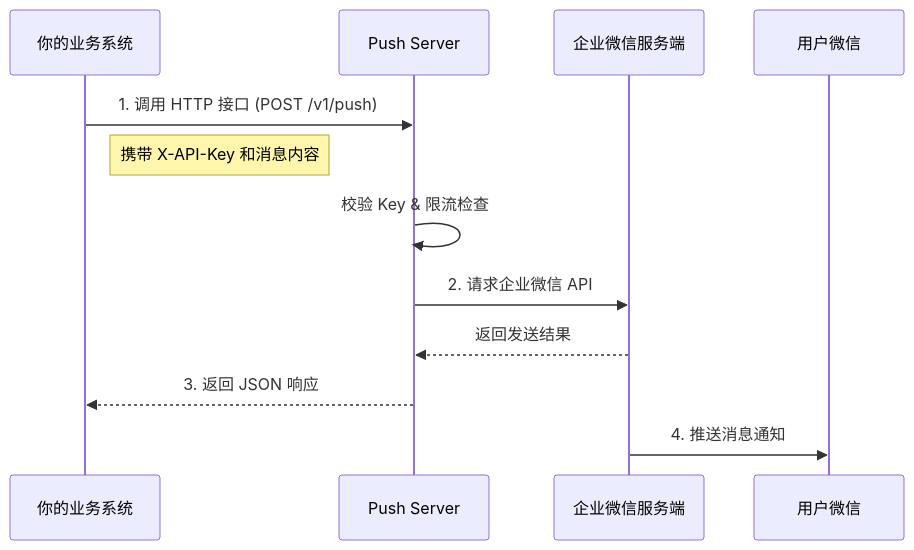
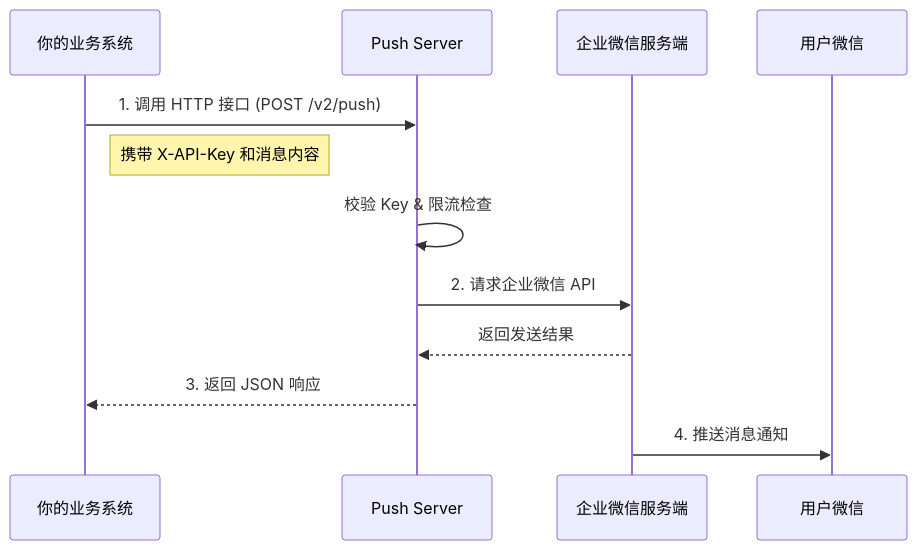
One commit to qingzhou-dev/qingzhou-doc changed the diagram in docs/push-server/guide/getting-started.md. Above: the diagram before and after it, drawn with Mermaid. The commit also changed other lines of this file and 2 other files, not shown here.

Commit message:
docs(push-server): 更新文档中的Spring Boot版本号和API路径
- 将Spring Boot版本从4更新为3
- 将所有API路径从/v1/push更新为/v2/push
- 更新项目状态描述从维护中到快速迭代
- 移除coming soon占位行

````diff
--- a/docs/push-server/guide/getting-started.md
+++ b/docs/push-server/guide/getting-started.md
@@ -7,15 +7,15 @@
 ```mermaid
 sequenceDiagram
     participant App as 你的业务系统
     participant Push as Push Server
     participant WeCom as 企业微信服务端
     participant User as 用户微信
 
-    App->>Push: 1. 调用 HTTP 接口 (POST /v1/push)
+    App->>Push: 1. 调用 HTTP 接口 (POST /v2/push)
     Note right of App: 携带 X-API-Key 和消息内容
     Push->>Push: 校验 Key & 限流检查
     Push->>WeCom: 2. 请求企业微信 API
     WeCom-->>Push: 返回发送结果
     Push-->>App: 3. 返回 JSON 响应
     WeCom->>User: 4. 推送消息通知
 ```
````
